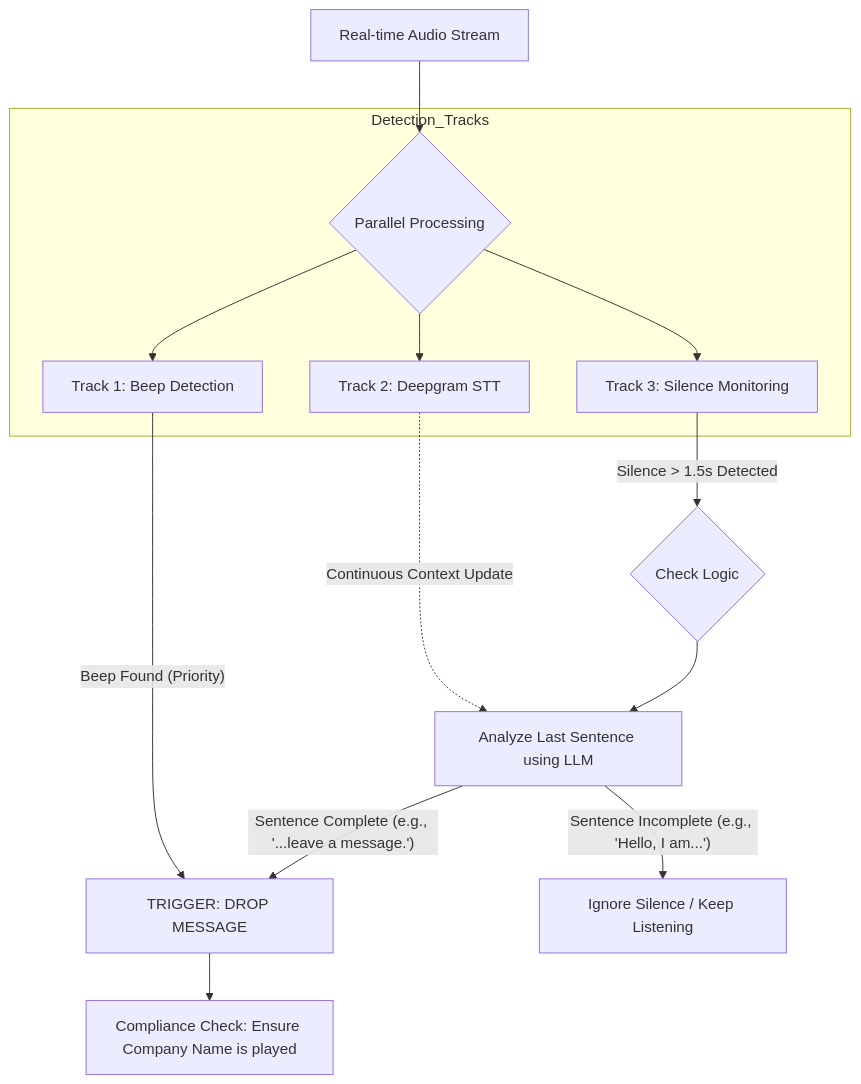
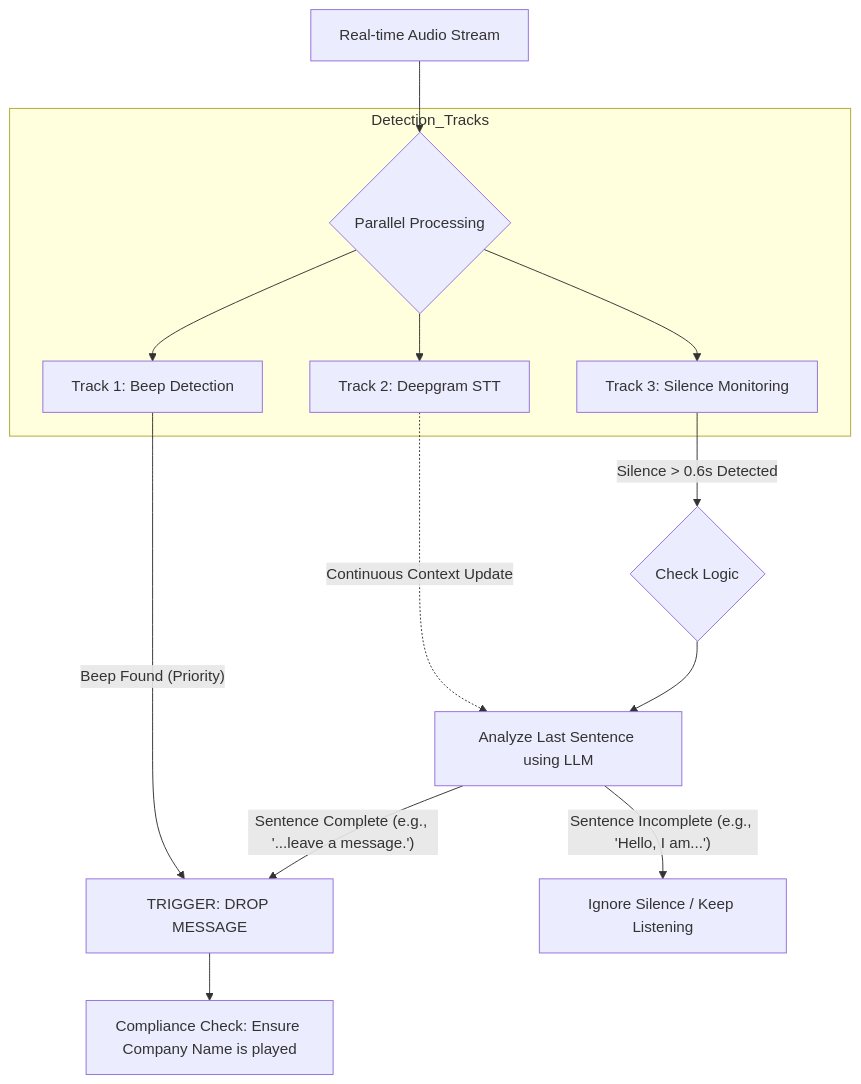
The diagram in README.md (vlalit834/Drop-Compliant-Voicemails), drawn with Mermaid before and after one commit. The commit also changed other lines of this file, not shown here.

Commit message:
updated readme file

````diff
--- a/README.md
+++ b/README.md
@@ -30,26 +30,26 @@
 ```mermaid
 graph TD
     Start[Real-time Audio Stream] --> Parallel{Parallel Processing}
     
     subgraph Detection_Tracks
         Parallel --> BeepTrack[Track 1: Beep Detection]
         Parallel --> TextTrack[Track 2: Deepgram STT]
         Parallel --> SilenceTrack[Track 3: Silence Monitoring]
     end
 
     %% Path 1: The Beep (Fast Path)
     BeepTrack -- "Beep Found (Priority)" --> Trigger[TRIGGER: DROP MESSAGE]
     
     %% Path 2: The Smart Silence (Logic Path)
     TextTrack -. "Continuous Context Update" .-> LogicNode
     
-    SilenceTrack -- "Silence > 1.5s Detected" --> Check{Check Logic}
+    SilenceTrack -- "Silence > 0.6s Detected" --> Check{Check Logic}
     
     Check --> LogicNode[Analyze Last Sentence using LLM]
     
     LogicNode -- "Sentence Incomplete (e.g., 'Hello, I am...')" --> Ignore[Ignore Silence / Keep Listening]
     LogicNode -- "Sentence Complete (e.g., '...leave a message.')" --> Trigger
     
     Trigger --> Compliance[Compliance Check: Ensure Company Name is played]
 
 ```
````
